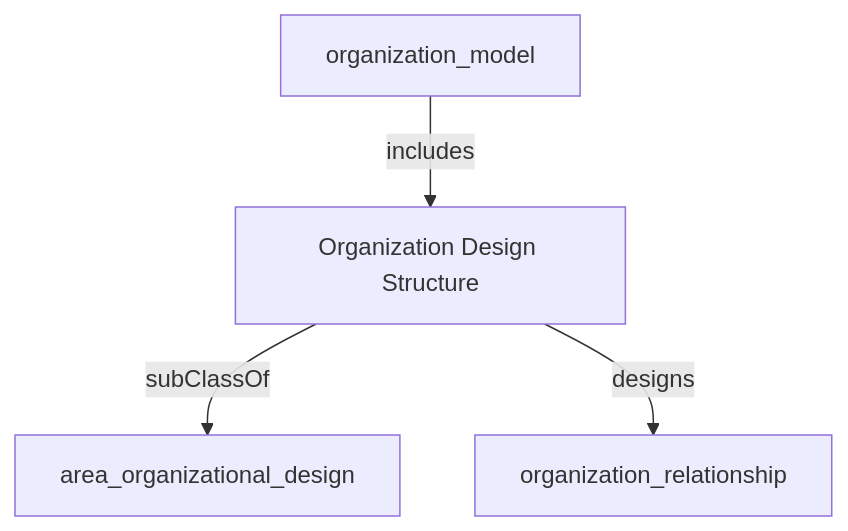
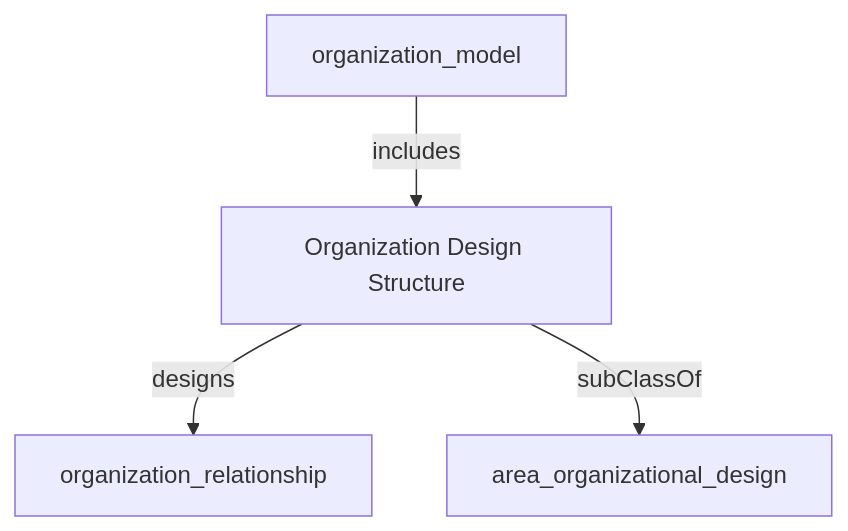
One commit to heidingaway/heidi2 changed the diagram in content/hr_data_model/organization_design_structure.md. Above: the diagram before and after it, drawn with Mermaid. The commit also changed other lines of this file and 350 other files, not shown here.

````diff
--- a/content/hr_data_model/organization_design_structure.md
+++ b/content/hr_data_model/organization_design_structure.md
@@ -21,10 +22,10 @@
 ```mermaid
 graph TD
   Organization_Design_Structure["Organization Design Structure"]:::current-page-node
   area_organizational_design["area_organizational_design"]
   organization_relationship["organization_relationship"]
   organization_model["organization_model"]
+  Organization_Design_Structure-->|" designs "|organization_relationship
   Organization_Design_Structure-->|" subClassOf "|area_organizational_design
   organization_model-->|" includes "|Organization_Design_Structure
-  Organization_Design_Structure-->|" designs "|organization_relationship
 ```
````
